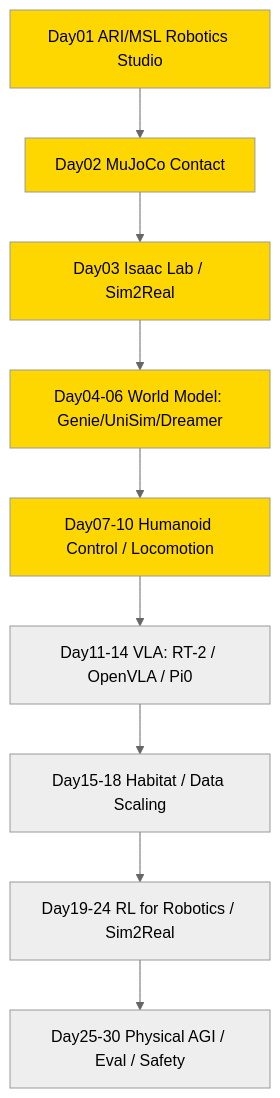
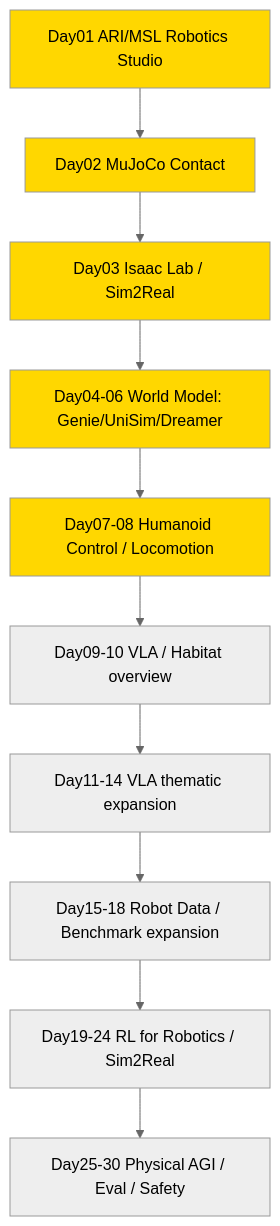
Before and after one commit to Papa-Panda/post-training: the diagram in physical-ai/README.md, drawn with Mermaid (neutral theme). The commit also changed other lines of this file and 2 other files, not shown here.

Commit message:
feat(physical-ai): Day 11 - π₀ Flow VLA

````diff
--- a/physical-ai/README.md
+++ b/physical-ai/README.md
@@ -25,16 +25,17 @@
 ```mermaid
 graph TD
   A[Day01 ARI/MSL Robotics Studio] --> B[Day02 MuJoCo Contact]
   B --> C[Day03 Isaac Lab / Sim2Real]
   C --> D[Day04-06 World Model: Genie/UniSim/Dreamer]
-  D --> E[Day07-10 Humanoid Control / Locomotion]
-  E --> F[Day11-14 VLA: RT-2 / OpenVLA / Pi0]
-  F --> G[Day15-18 Habitat / Data Scaling]
-  G --> H[Day19-24 RL for Robotics / Sim2Real]
-  H --> I[Day25-30 Physical AGI / Eval / Safety]
+  D --> E[Day07-08 Humanoid Control / Locomotion]
+  E --> F[Day09-10 VLA / Habitat overview]
+  F --> G[Day11-14 VLA thematic expansion]
+  G --> H[Day15-18 Robot Data / Benchmark expansion]
+  H --> I[Day19-24 RL for Robotics / Sim2Real]
+  I --> J[Day25-30 Physical AGI / Eval / Safety]
   style A fill:#ffd700
   style B fill:#ffd700
   style C fill:#ffd700
   style D fill:#ffd700
   style E fill:#ffd700
 ```
````
